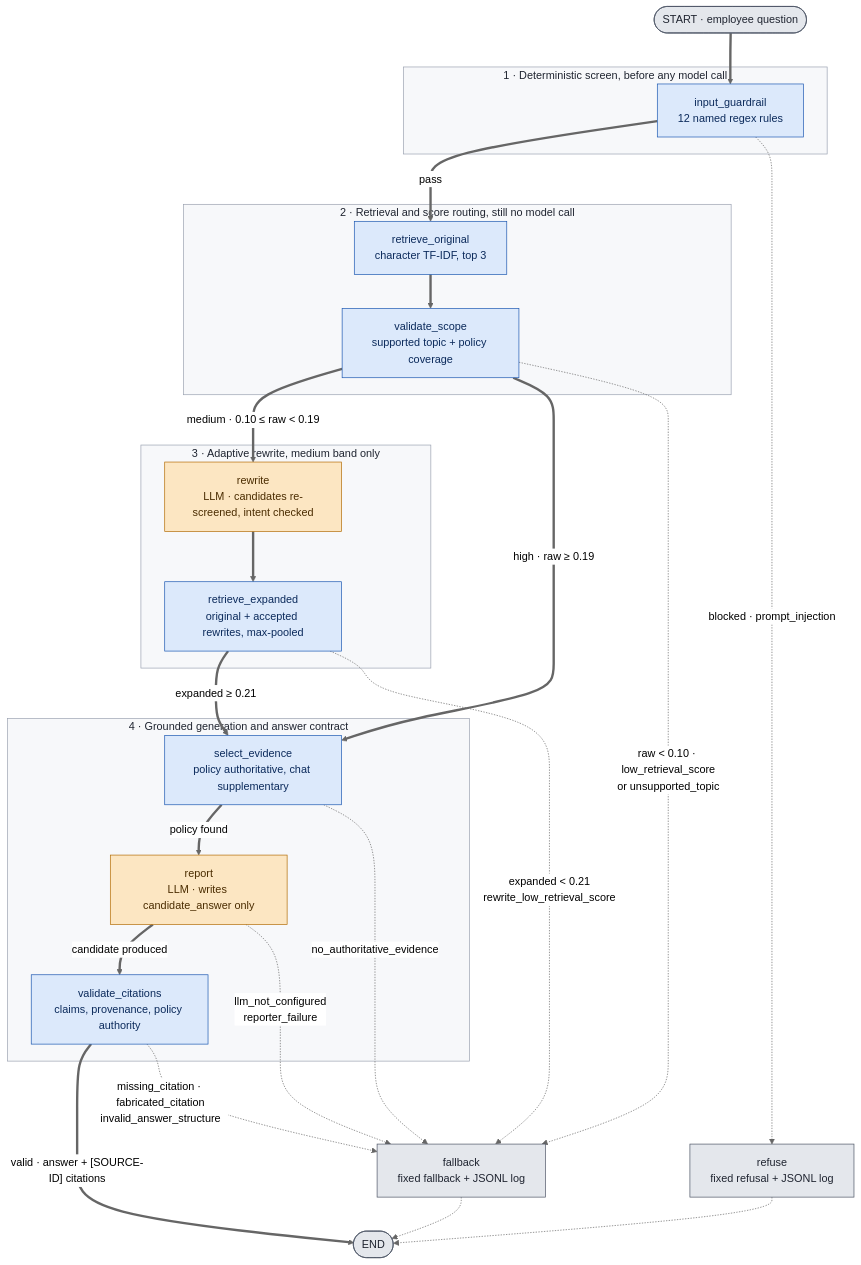
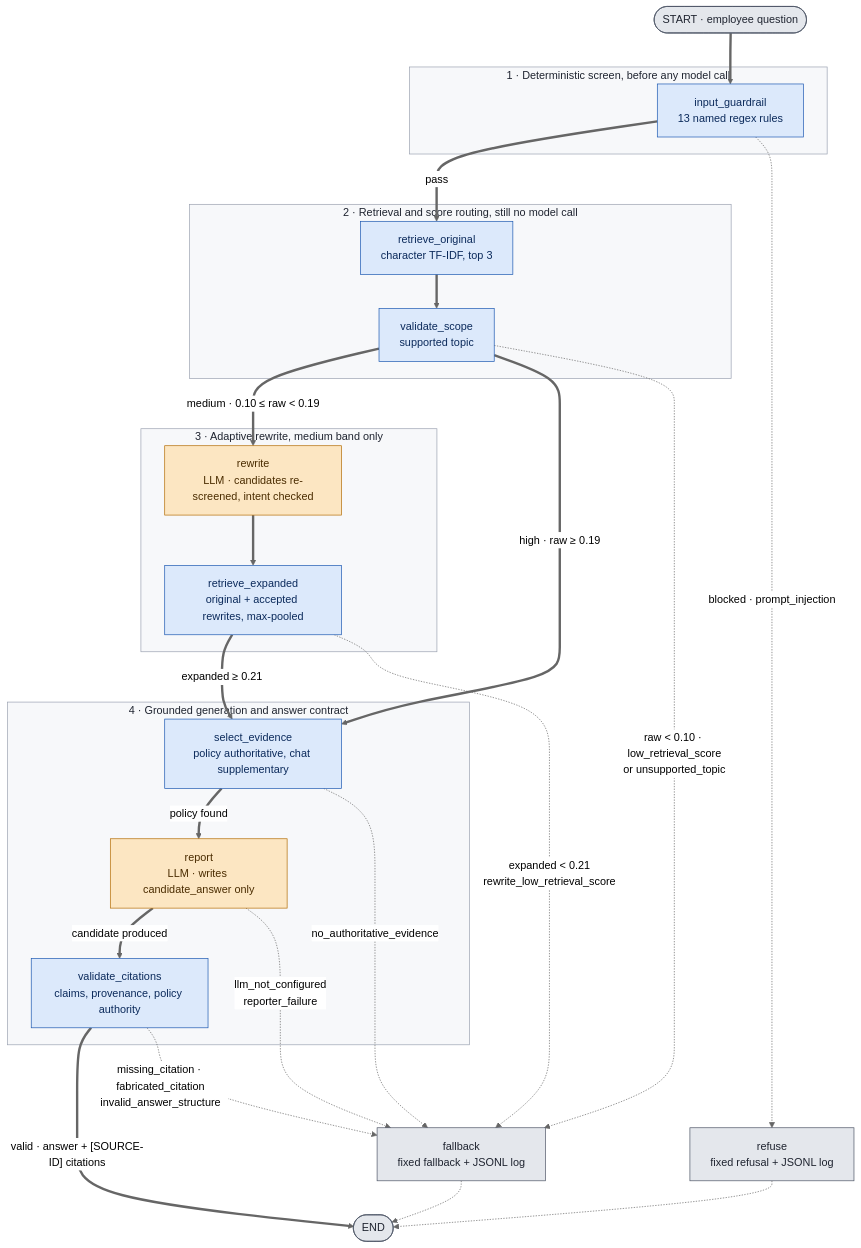
One commit to Sayomphon/Enterprise_Knowledge_Support_Agent changed the first of 2 diagrams in README.md. Above: the diagram before and after it, drawn with Mermaid (neutral theme). The commit also changed other lines of this file and 32 other files, not shown here.

````diff
--- a/README.md
+++ b/README.md
@@ -432,53 +432,53 @@
 ```mermaid
 flowchart TD
     Q(["START &middot; employee question"]):::term
 
     subgraph G1["1 &middot; Deterministic screen, before any model call"]
-        IG["input_guardrail<br/>12 named regex rules"]:::det
+        IG["input_guardrail<br/>13 named regex rules"]:::det
     end
 
     subgraph G2["2 &middot; Retrieval and score routing, still no model call"]
         RO["retrieve_original<br/>character TF-IDF, top 3"]:::det
-        VS["validate_scope<br/>supported topic + policy coverage"]:::det
+        VS["validate_scope<br/>supported topic"]:::det
     end
 
     subgraph G3["3 &middot; Adaptive rewrite, medium band only"]
         RW["rewrite<br/>LLM &middot; candidates re-screened, intent checked"]:::llm
         RE["retrieve_expanded<br/>original + accepted rewrites, max-pooled"]:::det
     end
 
     subgraph G4["4 &middot; Grounded generation and answer contract"]
         SE["select_evidence<br/>policy authoritative, chat supplementary"]:::det
         RP["report<br/>LLM &middot; writes candidate_answer only"]:::llm
         VC["validate_citations<br/>claims, provenance, policy authority"]:::det
     end
 
     REF["refuse<br/>fixed refusal + JSONL log"]:::term
     FB["fallback<br/>fixed fallback + JSONL log"]:::term
     EN(["END"]):::term
 
     Q ==> IG
     IG ==>|pass| RO
     IG -. "blocked &middot; prompt_injection" .-> REF
     RO ==> VS
     VS ==>|"medium &middot; 0.10 &le; raw &lt; 0.19"| RW
     VS ==>|"high &middot; raw &ge; 0.19"| SE
     VS -. "raw &lt; 0.10 &middot; low_retrieval_score<br/>or unsupported_topic" .-> FB
     RW ==> RE
     RE ==>|"expanded &ge; 0.21"| SE
     RE -. "expanded &lt; 0.21<br/>rewrite_low_retrieval_score" .-> FB
     SE ==>|"policy found"| RP
     SE -. "no_authoritative_evidence" .-> FB
     RP ==>|"candidate produced"| VC
     RP -. "llm_not_configured<br/>reporter_failure" .-> FB
     VC ==>|"valid &middot; answer + [SOURCE-ID] citations"| EN
     VC -. "missing_citation &middot; fabricated_citation<br/>invalid_answer_structure" .-> FB
     REF -.-> EN
     FB -.-> EN
 
     classDef det fill:#DCE9FB,stroke:#1A56B0,color:#0B2A5B
     classDef llm fill:#FCE6C2,stroke:#B26A00,color:#4A2C00
     classDef term fill:#E4E7EC,stroke:#4B5364,color:#1F2430
     classDef band fill:#F7F8FA,stroke:#9AA1B0,color:#1F2430
     class G1,G2,G3,G4 band
 ```
````
